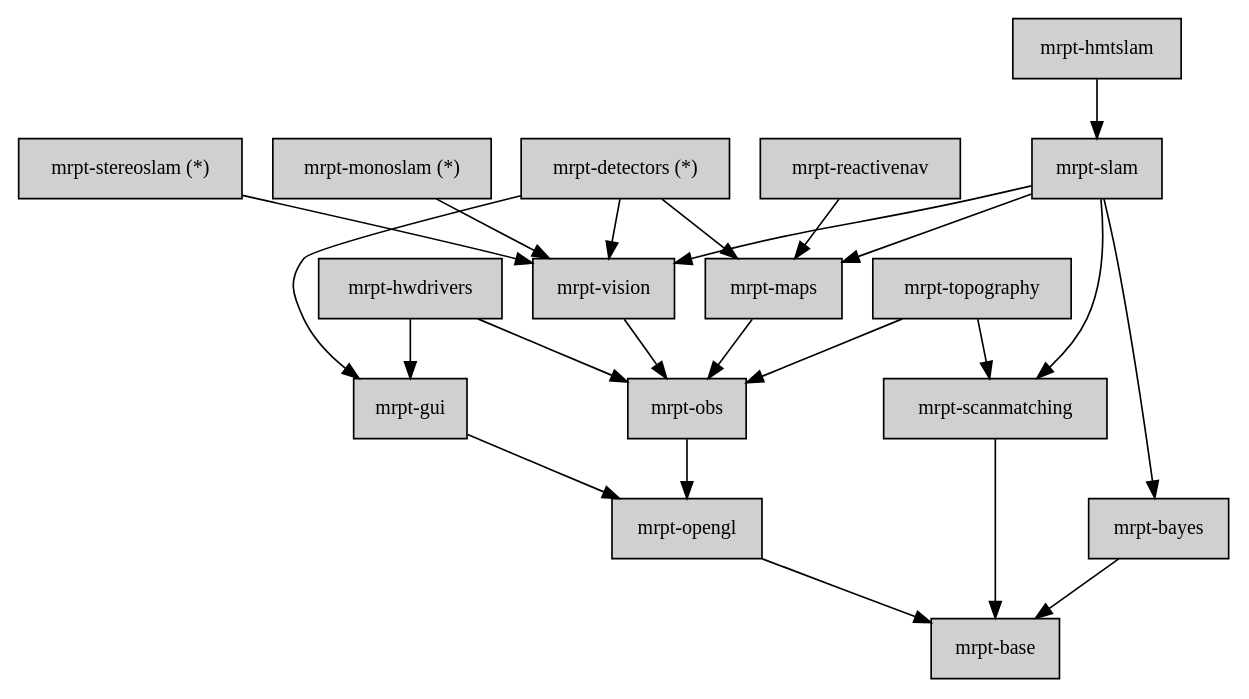
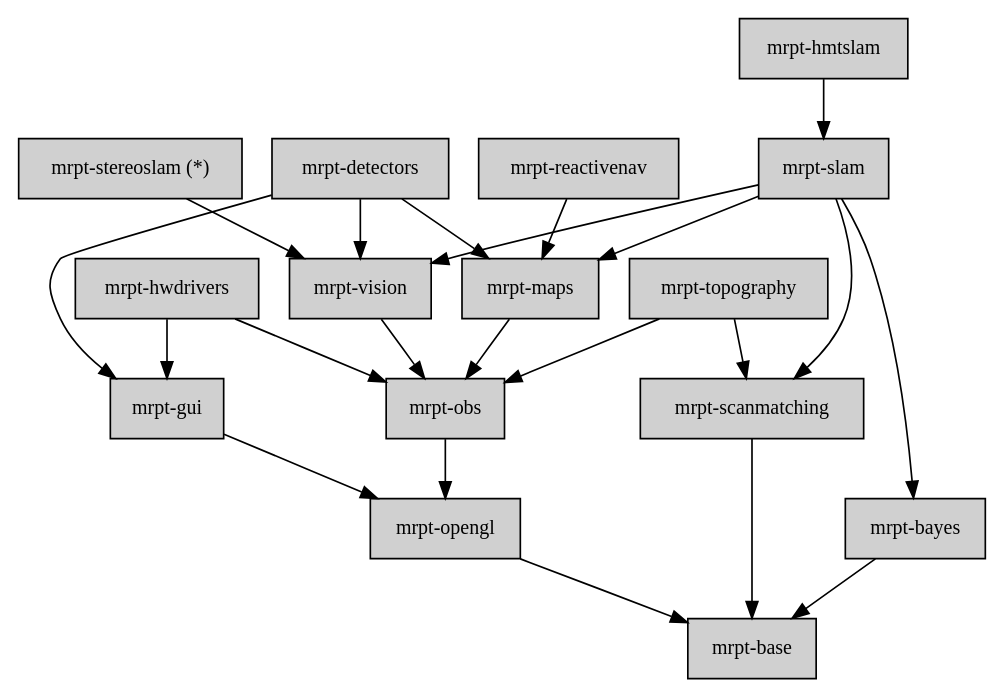
One commit to MRPT/mrpt changed the diagram in doc/design_of_images/graph_mrpt_libs.dot. Above: the diagram before and after it, drawn with Graphviz. The commit also changed 4 other files, not shown here.

Commit message:
- MRPT libraries or "modules": -- mrpt-detectors is no longer marked as "experimental". -- mrpt-monoslam is no longer shown in the graph of libraries since it's unmaintained.

```diff
--- a/doc/design_of_images/graph_mrpt_libs.dot
+++ b/doc/design_of_images/graph_mrpt_libs.dot
@@ -1,63 +1,61 @@
 digraph MRPT_LIBS {
 
 	node [shape=box,style=filled, fillcolor="#D0D0D0",fontsize=12];
 	
 	base 		[label="mrpt-base",URL="mrpt-base.html"];
 	bayes 		[label="mrpt-bayes",URL="mrpt-bayes.html"];
 	opengl 		[label="mrpt-opengl", URL="mrpt-opengl.html"];
 	gui 		[label="mrpt-gui",URL="mrpt-gui.html"];
 	obs 		[label="mrpt-obs",URL="mrpt-obs.html"];
 	hwdrivers 	[label="mrpt-hwdrivers",URL="mrpt-hwdrivers.html"];
 	topography 	[label="mrpt-topography",URL="mrpt-topography.html"];
 	maps 		[label="mrpt-maps",URL="mrpt-maps.html"];
 	vision 		[label="mrpt-vision",URL="mrpt-vision.html"];
 	scanmatching 		[label="mrpt-scanmatching",URL="mrpt-scanmatching.html"];
 
 	slam 		[label="mrpt-slam",URL="mrpt-slam.html"];
 	
 	hmtslam		[label="mrpt-hmtslam",URL="mrpt-hmtslam.html"];
 	reactivenav	[label="mrpt-reactivenav",URL="mrpt-reactivenav.html"];
-	monoslam	[label="mrpt-monoslam (*)",URL="mrpt-monoslam.html"];
 	stereoslam	[label="mrpt-stereoslam (*)",URL="mrpt-stereoslam.html"];
 	
-	detectors	[label="mrpt-detectors (*)",URL="mrpt-detectors.html"];
+	detectors	[label="mrpt-detectors",URL="mrpt-detectors.html"];
 	
 	
 	scanmatching -> base;
 
 	bayes -> base;
 	
 	opengl -> base;
 	
 	obs -> opengl;
 	
 	gui -> opengl;
 	
 	hwdrivers -> gui;
 	hwdrivers -> obs;
 	
 	topography -> obs;
 	topography -> scanmatching;
 	
 	vision -> obs;
 	
 	maps -> obs;
 
 	slam -> maps;
 	slam -> vision;
 	slam -> scanmatching;
 	slam -> bayes;
 	
 	detectors -> vision;
 	detectors -> maps;
 	detectors -> gui;
 	
 	hmtslam -> slam;
-	
-	monoslam -> vision;
+
 
 	stereoslam -> vision;
 	
 	reactivenav -> maps;
 	//reactivenav -> gui;
 }
```
